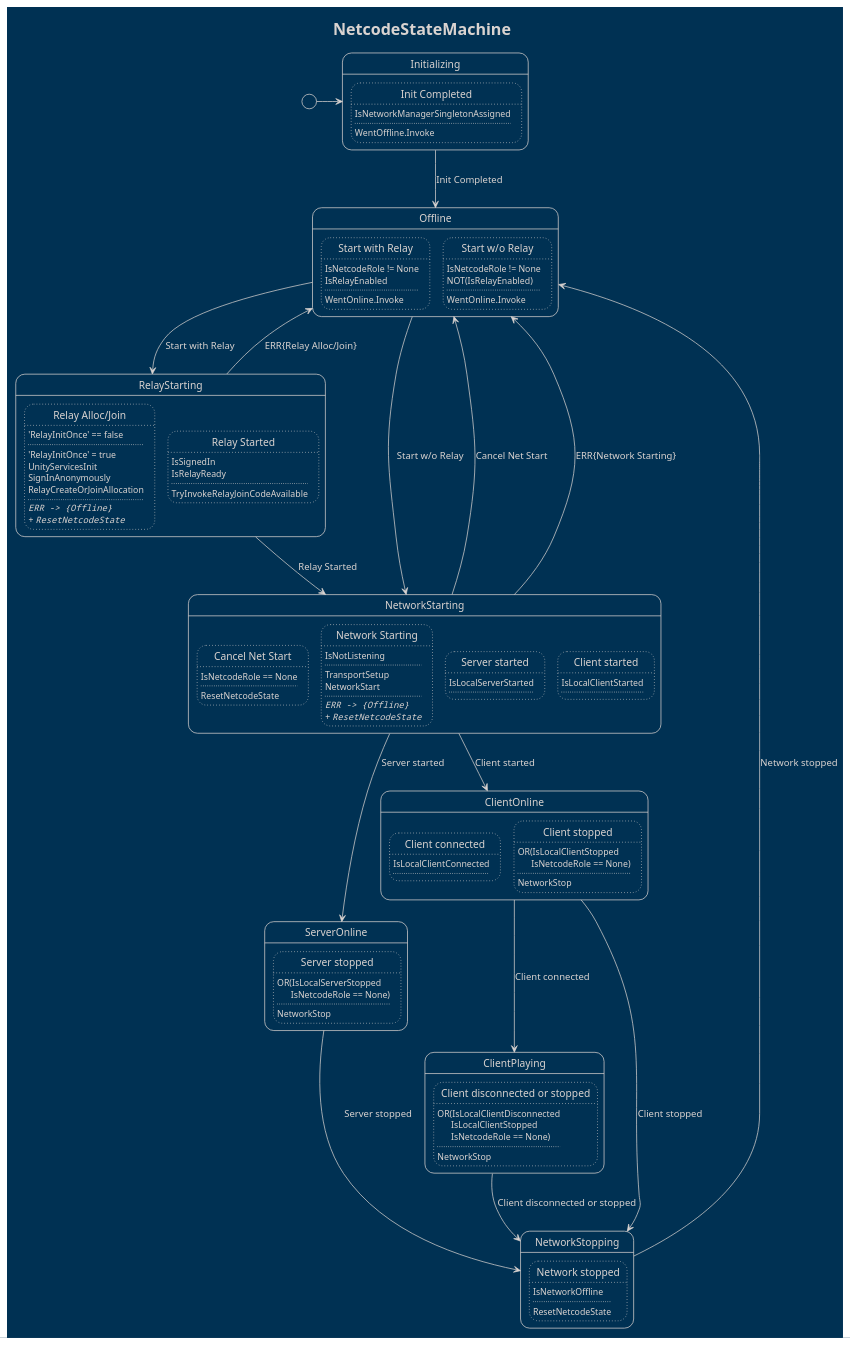
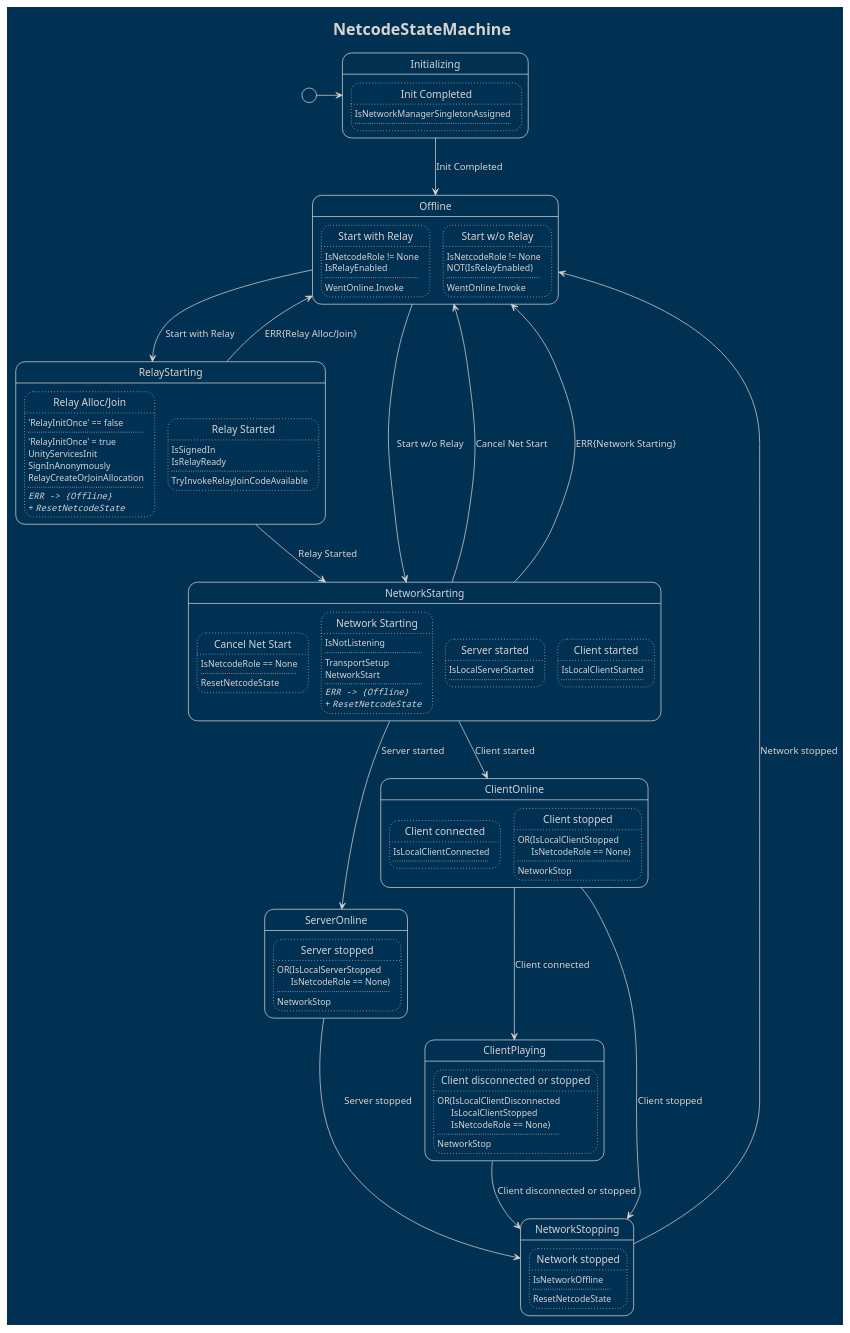
The diagram in PlantUML Diagrams/CodeSmile.MultiPal.Netcode.NetcodeState.puml (CodeSmile-0000011110110111/WriteBetterNetcode), drawn with PlantUML before and after one commit. The commit also changed 19 other files, not shown here.

```diff
--- a/PlantUML Diagrams/CodeSmile.MultiPal.Netcode.NetcodeState.puml
+++ b/PlantUML Diagrams/CodeSmile.MultiPal.Netcode.NetcodeState.puml
@@ -1,145 +1,144 @@
 @startuml
 
 !theme blueprint
 hide empty description
 
 title NetcodeStateMachine
 
 state "Initializing" as state0
 state state0 {
 	state "Init Completed" as state0_trans0
 	state state0_trans0 #line.dotted {
 		state0_trans0 : IsNetworkManagerSingletonAssigned
 		state0_trans0 : ....
-		state0_trans0 : WentOffline.Invoke
 	}
 }
 state "Offline" as state1
 state state1 {
 	state "Start with Relay" as state1_trans0
 	state state1_trans0 #line.dotted {
 		state1_trans0 : IsNetcodeRole != None
 		state1_trans0 : IsRelayEnabled
 		state1_trans0 : ....
 		state1_trans0 : WentOnline.Invoke
 	}
 	state "Start w/o Relay" as state1_trans1
 	state state1_trans1 #line.dotted {
 		state1_trans1 : IsNetcodeRole != None
 		state1_trans1 : NOT(IsRelayEnabled)
 		state1_trans1 : ....
 		state1_trans1 : WentOnline.Invoke
 	}
 }
 state "RelayStarting" as state2
 state state2 {
 	state "Relay Alloc/Join" as state2_trans0
 	state state2_trans0 #line.dotted {
 		state2_trans0 : 'RelayInitOnce' == false
 		state2_trans0 : ....
 		state2_trans0 : 'RelayInitOnce' = true
 		state2_trans0 : UnityServicesInit
 		state2_trans0 : SignInAnonymously
 		state2_trans0 : RelayCreateOrJoinAllocation
 		state2_trans0 : ....
 		state2_trans0 : ==== ""ERR -> {Offline}""
 		state2_trans0 : ==== + ""ResetNetcodeState""
 	}
 	state "Relay Started" as state2_trans1
 	state state2_trans1 #line.dotted {
 		state2_trans1 : IsSignedIn
 		state2_trans1 : IsRelayReady
 		state2_trans1 : ....
 		state2_trans1 : TryInvokeRelayJoinCodeAvailable
 	}
 }
 state "NetworkStarting" as state3
 state state3 {
 	state "Cancel Net Start" as state3_trans0
 	state state3_trans0 #line.dotted {
 		state3_trans0 : IsNetcodeRole == None
 		state3_trans0 : ....
 		state3_trans0 : ResetNetcodeState
 	}
 	state "Network Starting" as state3_trans1
 	state state3_trans1 #line.dotted {
 		state3_trans1 : IsNotListening
 		state3_trans1 : ....
 		state3_trans1 : TransportSetup
 		state3_trans1 : NetworkStart
 		state3_trans1 : ....
 		state3_trans1 : ==== ""ERR -> {Offline}""
 		state3_trans1 : ==== + ""ResetNetcodeState""
 	}
 	state "Server started" as state3_trans2
 	state state3_trans2 #line.dotted {
 		state3_trans2 : IsLocalServerStarted
 		state3_trans2 : ....
 	}
 	state "Client started" as state3_trans3
 	state state3_trans3 #line.dotted {
 		state3_trans3 : IsLocalClientStarted
 		state3_trans3 : ....
 	}
 }
 state "ServerOnline" as state4
 state state4 {
 	state "Server stopped" as state4_trans0
 	state state4_trans0 #line.dotted {
 		state4_trans0 : OR(IsLocalServerStopped\n      IsNetcodeRole == None)
 		state4_trans0 : ....
 		state4_trans0 : NetworkStop
 	}
 }
 state "ClientOnline" as state5
 state state5 {
 	state "Client connected" as state5_trans0
 	state state5_trans0 #line.dotted {
 		state5_trans0 : IsLocalClientConnected
 		state5_trans0 : ....
 	}
 	state "Client stopped" as state5_trans1
 	state state5_trans1 #line.dotted {
 		state5_trans1 : OR(IsLocalClientStopped\n      IsNetcodeRole == None)
 		state5_trans1 : ....
 		state5_trans1 : NetworkStop
 	}
 }
 state "ClientPlaying" as state6
 state state6 {
 	state "Client disconnected or stopped" as state6_trans0
 	state state6_trans0 #line.dotted {
 		state6_trans0 : OR(IsLocalClientDisconnected\n      IsLocalClientStopped\n      IsNetcodeRole == None)
 		state6_trans0 : ....
 		state6_trans0 : NetworkStop
 	}
 }
 state "NetworkStopping" as state7
 state state7 {
 	state "Network stopped" as state7_trans0
 	state state7_trans0 #line.dotted {
 		state7_trans0 : IsNetworkOffline
 		state7_trans0 : ....
 		state7_trans0 : ResetNetcodeState
 	}
 }
 
 
 [*] -> state0
 state0 --> state1 : Init Completed
 state1 --> state2 : Start with Relay
 state1 --> state3 : Start w/o Relay
 state2 --> state1 : ERR{Relay Alloc/Join}
 state2 --> state3 : Relay Started
 state3 --> state1 : Cancel Net Start
 state3 --> state1 : ERR{Network Starting}
 state3 --> state4 : Server started
 state3 --> state5 : Client started
 state4 --> state7 : Server stopped
 state5 --> state6 : Client connected
 state5 --> state7 : Client stopped
 state6 --> state7 : Client disconnected or stopped
 state7 --> state1 : Network stopped
 
 
 @enduml
```
